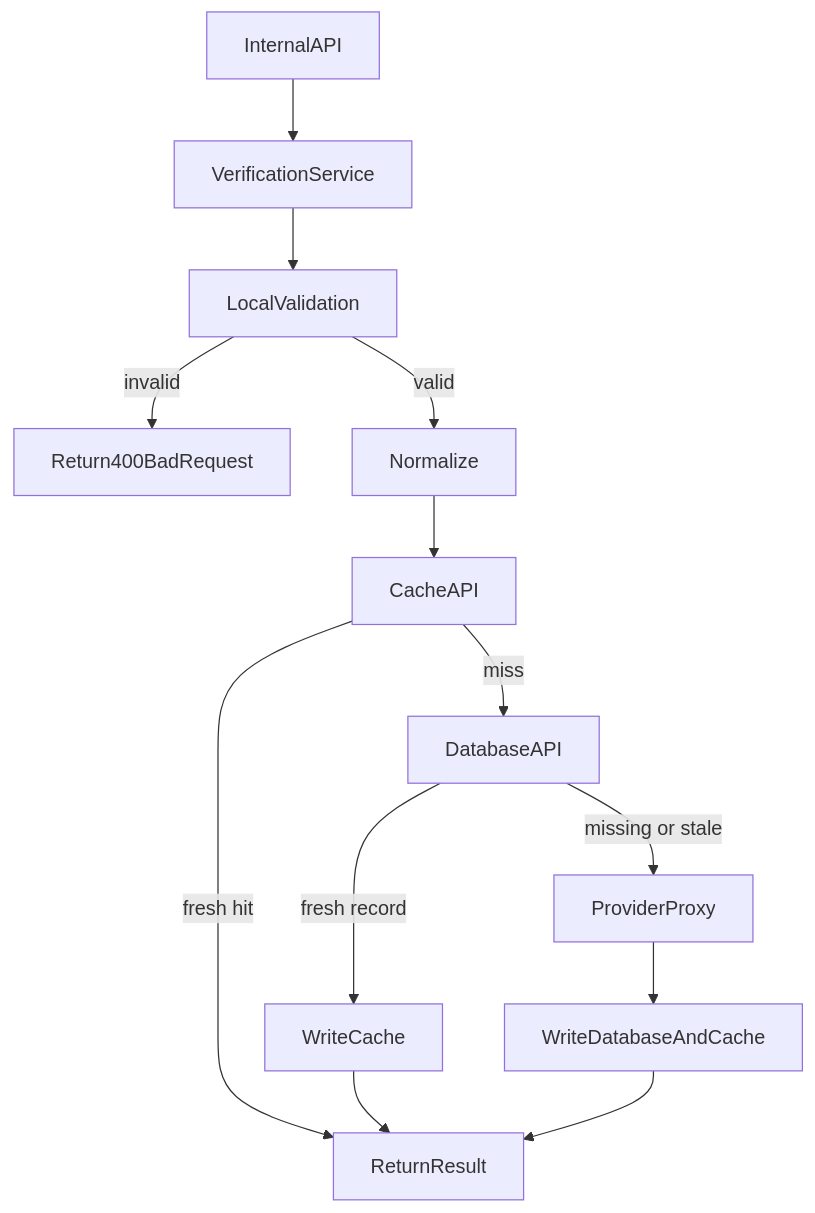
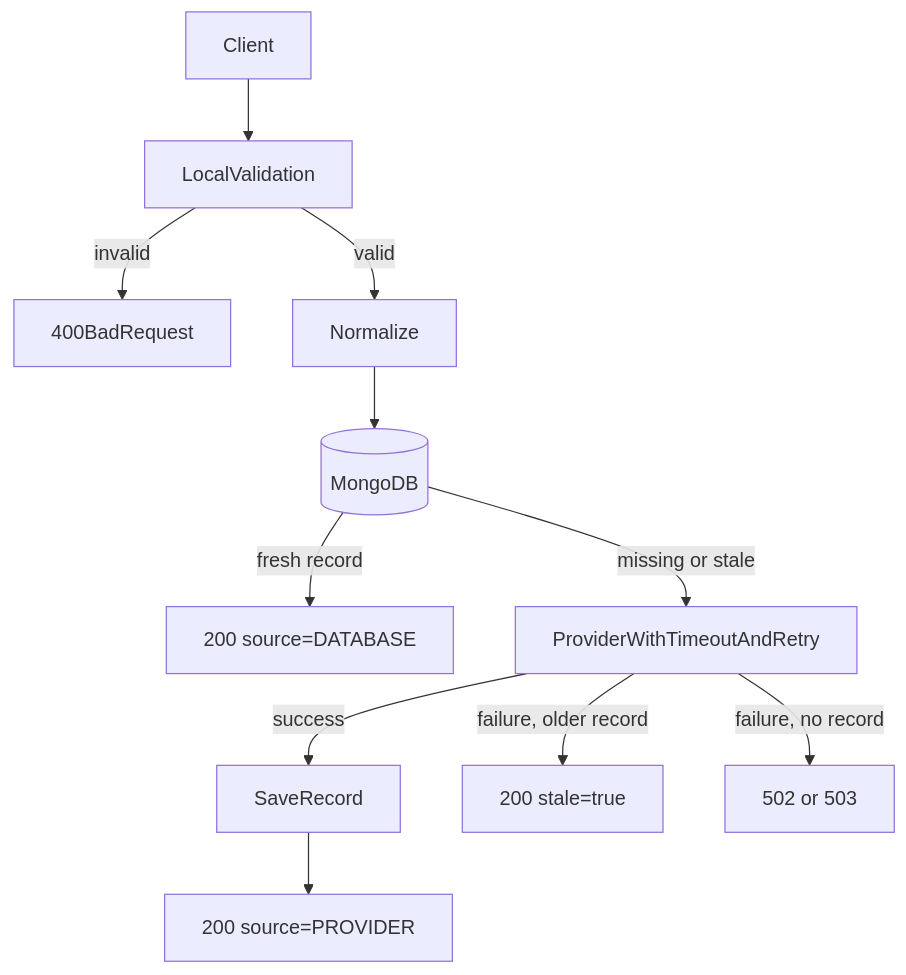
One commit to ganasekharkalla/Look_up_service_MVP changed the diagram in README.md. Above: the diagram before and after it, drawn with Mermaid. The commit also changed other lines of this file and 6 other files, not shown here.

````diff
--- a/README.md
+++ b/README.md
@@ -33,15 +21,13 @@
 ```mermaid
 flowchart TD
-    caller[InternalAPI] --> svc[VerificationService]
-    svc --> validate[LocalValidation]
-    validate -->|invalid| reject[Return400BadRequest]
+    caller[Client] --> validate[LocalValidation]
+    validate -->|invalid| bad[400BadRequest]
     validate -->|valid| normalize[Normalize]
-    normalize --> cache[CacheAPI]
-    cache -->|fresh hit| result[ReturnResult]
-    cache -->|miss| db[DatabaseAPI]
-    db -->|fresh record| fill[WriteCache]
-    fill --> result
-    db -->|missing or stale| proxy[ProviderProxy]
-    proxy --> save[WriteDatabaseAndCache]
-    save --> result
+    normalize --> db[(MongoDB)]
+    db -->|fresh record| ok[200 source=DATABASE]
+    db -->|missing or stale| provider[ProviderWithTimeoutAndRetry]
+    provider -->|success| save[SaveRecord]
+    save --> ok2[200 source=PROVIDER]
+    provider -->|failure, older record| stale[200 stale=true]
+    provider -->|failure, no record| err[502 or 503]
 ```
````
